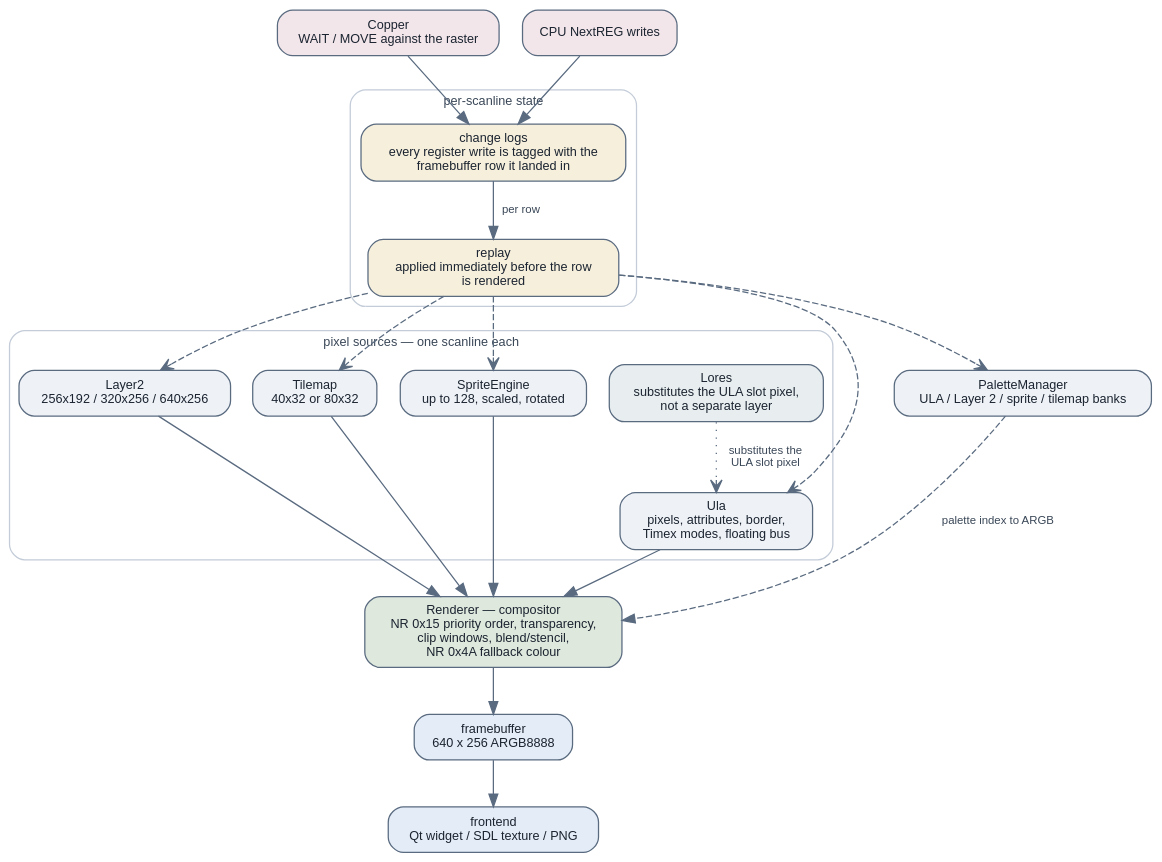
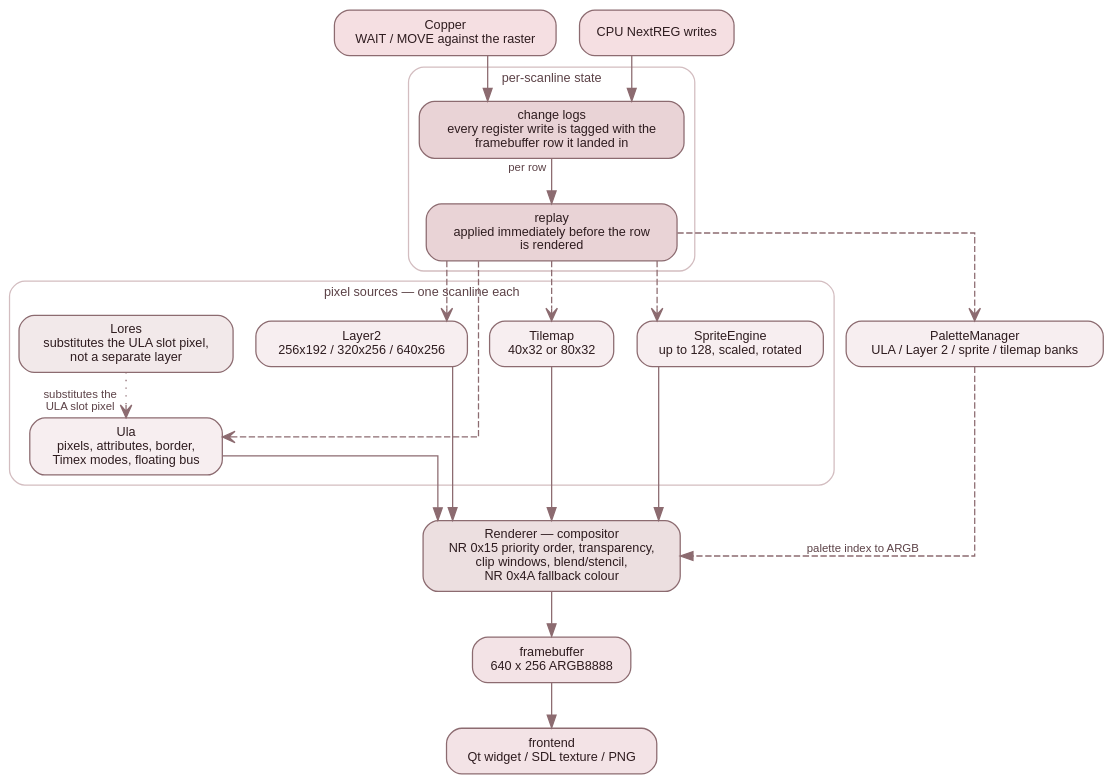
One commit to jorgegv/jnext changed the diagram in src/doc/developer-guide/diagrams/video-pipeline.dot. Above: the diagram before and after it, drawn with Graphviz. The commit also changed 94 other files, not shown here.

First line of the commit message:
doc(devguide): owner review — motivation, gentler prose, red theme, orthogonal figures

```diff
--- a/src/doc/developer-guide/diagrams/video-pipeline.dot
+++ b/src/doc/developer-guide/diagrams/video-pipeline.dot
@@ -1,73 +1,75 @@
 // How pixels reach the framebuffer: sources, the per-scanline replay that
 // re-establishes their register state, and the compositor.
 //
 // Rendered by `make docs-devguide-diagrams` into ../img/video-pipeline.svg,
 // which is COMMITTED. Edit this file, never the SVG.
 //
 // The point of the figure is the middle column. JNEXT renders a scanline at a
 // time, but the registers that control a layer can change WITHIN a frame — a
 // Copper MOVE or a mid-frame CPU write. Each source therefore records its
 // changes against the row they landed in, and the renderer replays that log
 // immediately before rendering the row. Without that column the picture would
 // be "whatever the registers said at the end of the frame", and every raster
 // split in the demo corpus would collapse.
 //
 // LoRes is drawn where it is on purpose: it is NOT a fourth layer, it
 // substitutes the pixel the ULA would have emitted in that slot.
 //
-// Palette note: light fills, dark labels, transparent canvas, so the figure
-// reads on both the light and the dark theme of the rendered guide.
+// Palette note: the page theme's pastel dark red family (see css/theme.css).
+// Light fills, dark labels, transparent canvas, so the figure reads on both
+// the light and the dark theme.
 digraph video_pipeline {
     bgcolor="transparent";
     // Top-to-bottom on purpose: left-to-right made this figure ~2200 px wide,
     // which forces a horizontal scroll on a documentation page.
     rankdir=TB;
+    splines=ortho;
     fontname="Helvetica";
     node [shape=box, style="filled,rounded", fontname="Helvetica", fontsize=10,
-          fillcolor="#eef2f7", color="#5a6b80", fontcolor="#1b2430", margin="0.15,0.08"];
-    edge [color="#5a6b80", fontname="Helvetica", fontsize=9, fontcolor="#3a4757"];
+          fillcolor="#f7eef0", color="#8c6b70", fontcolor="#2e1c1f", margin="0.15,0.08"];
+    edge [color="#8c6b70", fontname="Helvetica", fontsize=9, fontcolor="#5c4247"];
 
     subgraph cluster_src {
         label="pixel sources — one scanline each"; fontname="Helvetica"; fontsize=10;
-        fontcolor="#3a4757"; color="#c3ccd8"; style="rounded";
+        fontcolor="#5c4247"; color="#d3bdc0"; style="rounded";
         ula [label="Ula\npixels, attributes, border,\nTimex modes, floating bus"];
-        lor [label="Lores\nsubstitutes the ULA slot pixel,\nnot a separate layer", fillcolor="#e8eef0"];
+        lor [label="Lores\nsubstitutes the ULA slot pixel,\nnot a separate layer", fillcolor="#f2e9ea"];
         l2  [label="Layer2\n256x192 / 320x256 / 640x256"];
         tm  [label="Tilemap\n40x32 or 80x32"];
         spr [label="SpriteEngine\nup to 128, scaled, rotated"];
     }
 
     subgraph cluster_state {
         label="per-scanline state"; fontname="Helvetica"; fontsize=10;
-        fontcolor="#3a4757"; color="#c3ccd8"; style="rounded";
+        fontcolor="#5c4247"; color="#d3bdc0"; style="rounded";
         log [label="change logs\nevery register write is tagged with the\nframebuffer row it landed in",
-             fillcolor="#f6efdc"];
-        rep [label="replay\napplied immediately before the row\nis rendered", fillcolor="#f6efdc"];
-        log -> rep [label="  per row"];
+             fillcolor="#e9d3d6"];
+        rep [label="replay\napplied immediately before the row\nis rendered", fillcolor="#e9d3d6"];
+        log -> rep [xlabel="  per row"];
     }
 
-    cop [label="Copper\nWAIT / MOVE against the raster", fillcolor="#f3e6ea"];
-    cpu [label="CPU NextREG writes", fillcolor="#f3e6ea"];
+    cop [label="Copper\nWAIT / MOVE against the raster", fillcolor="#f5dfe2"];
+    cpu [label="CPU NextREG writes", fillcolor="#f5dfe2"];
     pal [label="PaletteManager\nULA / Layer 2 / sprite / tilemap banks"];
 
-    comp [label="Renderer — compositor\nNR 0x15 priority order, transparency,\nclip windows, blend/stencil,\nNR 0x4A fallback colour", fillcolor="#dfe8dd"];
-    fb   [label="framebuffer\n640 x 256 ARGB8888", fillcolor="#e3ecf7"];
-    host [label="frontend\nQt widget / SDL texture / PNG", fillcolor="#e3ecf7"];
+    comp [label="Renderer — compositor\nNR 0x15 priority order, transparency,\nclip windows, blend/stencil,\nNR 0x4A fallback colour", fillcolor="#ecdfe0"];
+    fb   [label="framebuffer\n640 x 256 ARGB8888", fillcolor="#f3e3e6"];
+    host [label="frontend\nQt widget / SDL texture / PNG", fillcolor="#f3e3e6"];
 
     cop -> log;
     cpu -> log;
     rep -> ula  [style=dashed, arrowhead=vee];
     rep -> l2   [style=dashed, arrowhead=vee];
     rep -> tm   [style=dashed, arrowhead=vee];
     rep -> spr  [style=dashed, arrowhead=vee];
     rep -> pal  [style=dashed, arrowhead=vee];
 
     ula -> comp;
-    lor -> ula  [label="  substitutes the\n  ULA slot pixel", style=dotted, arrowhead=vee];
+    lor -> ula  [xlabel="  substitutes the\n  ULA slot pixel", style=dotted, arrowhead=vee];
     l2  -> comp;
     tm  -> comp;
     spr -> comp;
-    pal -> comp [label="  palette index to ARGB", style=dashed];
+    pal -> comp [xlabel="  palette index to ARGB", style=dashed];
 
     comp -> fb -> host;
 }
```
